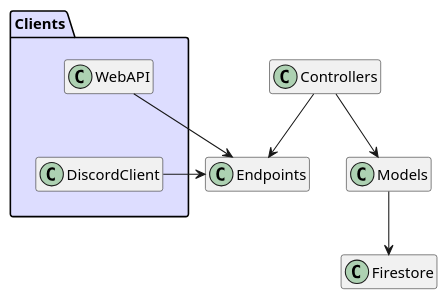
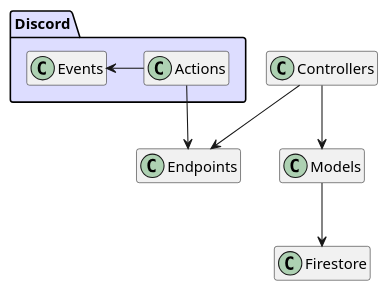
The diagram in server/abstract.puml (2RiniaR/kimifeel), drawn with PlantUML before and after one commit. The commit also changed 25 other files, not shown here.

```diff
--- a/server/abstract.puml
+++ b/server/abstract.puml
@@ -1,21 +1,16 @@
 @startuml Kimifeel
 
 hide empty members
 
 class Endpoints
 
-package Clients #DDDDFF {
-    together {
-        class WebAPI
-        class DiscordClient
-    }
-    WebAPI -> Endpoints
-    DiscordClient -> Endpoints
-    WebAPI -[hidden]- DiscordClient
+package Discord #DDDDFF {
+    Actions --> Endpoints
+    Actions -l> Events
 }
 
 Controllers --> Endpoints
 Controllers --> Models
 Models --> Firestore
 
 @enduml
```
